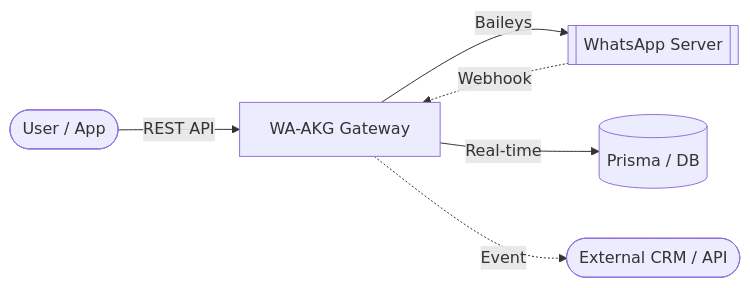
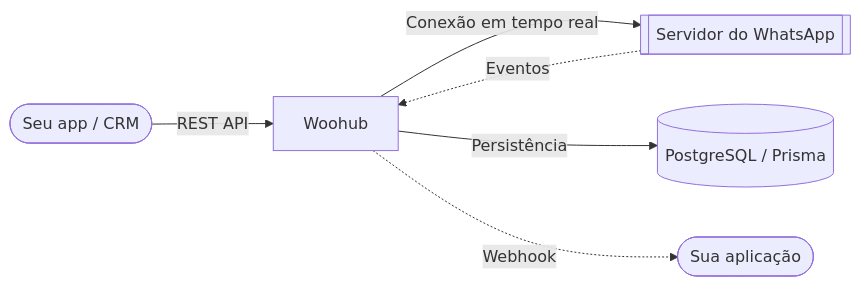
Before and after one commit to fluowai/woohub2: the diagram in README.md, drawn with Mermaid. The commit also changed other lines of this file and 255 other files, not shown here.

````diff
--- a/README.md
+++ b/README.md
@@ -43,8 +42,8 @@
 ```mermaid
 graph LR
-    User([User / App]) -->|REST API| API[WA-AKG Gateway]
-    API -->|Baileys| WhatsApp[[WhatsApp Server]]
-    API -->|Real-time| DB[(Prisma / DB)]
-    WhatsApp -.->|Webhook| API
-    API -.->|Event| Webhook([External CRM / API])
+    User([Seu app / CRM]) -->|REST API| API[Woohub]
+    API -->|Conexão em tempo real| WhatsApp[[Servidor do WhatsApp]]
+    API -->|Persistência| DB[(PostgreSQL / Prisma)]
+    WhatsApp -.->|Eventos| API
+    API -.->|Webhook| Webhook([Sua aplicação])
 ```
````
